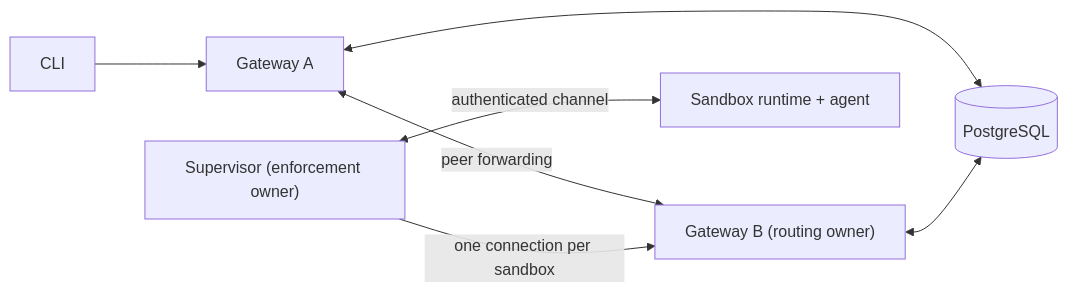
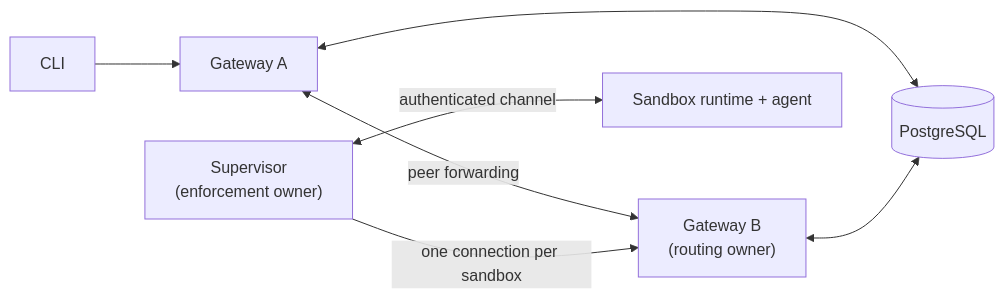
One commit to FrostGod/OpenShell changed the first of 2 diagrams in rfc/0018-multi-sandbox-ha-supervisors/README.md. Above: the diagram before and after it, drawn with Mermaid. The commit also changed other lines of this file, not shown here.

````diff
--- a/rfc/0018-multi-sandbox-ha-supervisors/README.md
+++ b/rfc/0018-multi-sandbox-ha-supervisors/README.md
@@ -97,8 +94,8 @@
 ```mermaid
 flowchart LR
-    C["CLI"] --> G1["Gateway A"]
-    G1 <-->|"peer forwarding"| G2["Gateway B (routing owner)"]
-    S["Supervisor (enforcement owner)"] -->|"one connection per sandbox"| G2
-    S <-->|"authenticated channel"| R["Sandbox runtime + agent"]
-    G1 & G2 <--> D[("PostgreSQL")]
+    CLI["CLI"] --> GA["Gateway A"]
+    GA <-->|"peer forwarding"| GB["Gateway B<br/>(routing owner)"]
+    SUP["Supervisor<br/>(enforcement owner)"] -->|"one connection per sandbox"| GB
+    SUP <-->|"authenticated channel"| RT["Sandbox runtime + agent"]
+    GA & GB <--> DB[("PostgreSQL")]
 ```
````
